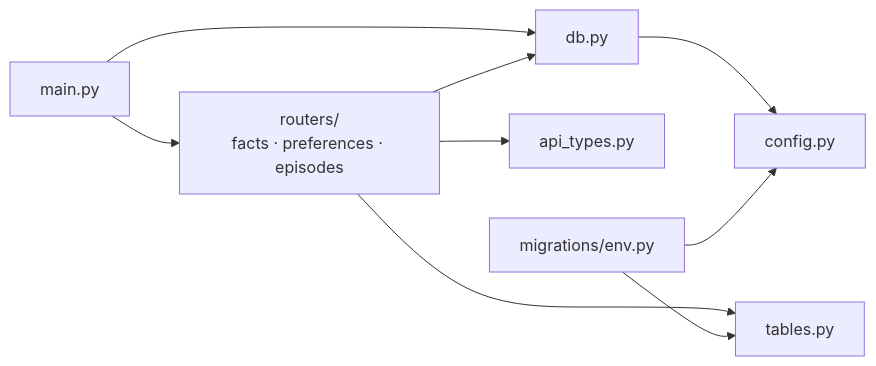
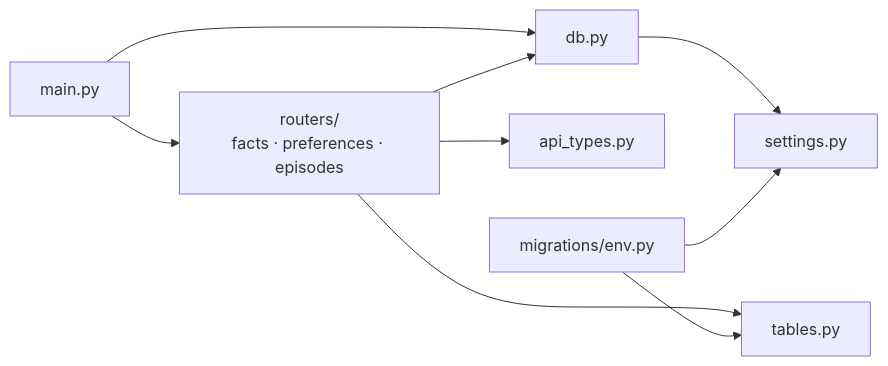
Before and after one commit to ZiadHendawy/mutable: the eighth of 22 diagrams in docs/design.md, drawn with Mermaid. The commit also changed other lines of this file and 4 other files, not shown here.

First line of the commit message:
Rename config.py to settings.py

````diff
--- a/docs/design.md
+++ b/docs/design.md
@@ -576,11 +576,11 @@
 ```mermaid
 flowchart LR
     main["main.py"] --> routers["routers/<br/>facts · preferences · episodes"]
     main --> dbmod["db.py"]
     routers --> dbmod
     routers --> tables["tables.py"]
     routers --> apitypes["api_types.py"]
-    dbmod --> config["config.py"]
-    env["migrations/env.py"] --> config
+    dbmod --> settingsmod["settings.py"]
+    env["migrations/env.py"] --> settingsmod
     env --> tables
 ```
````
